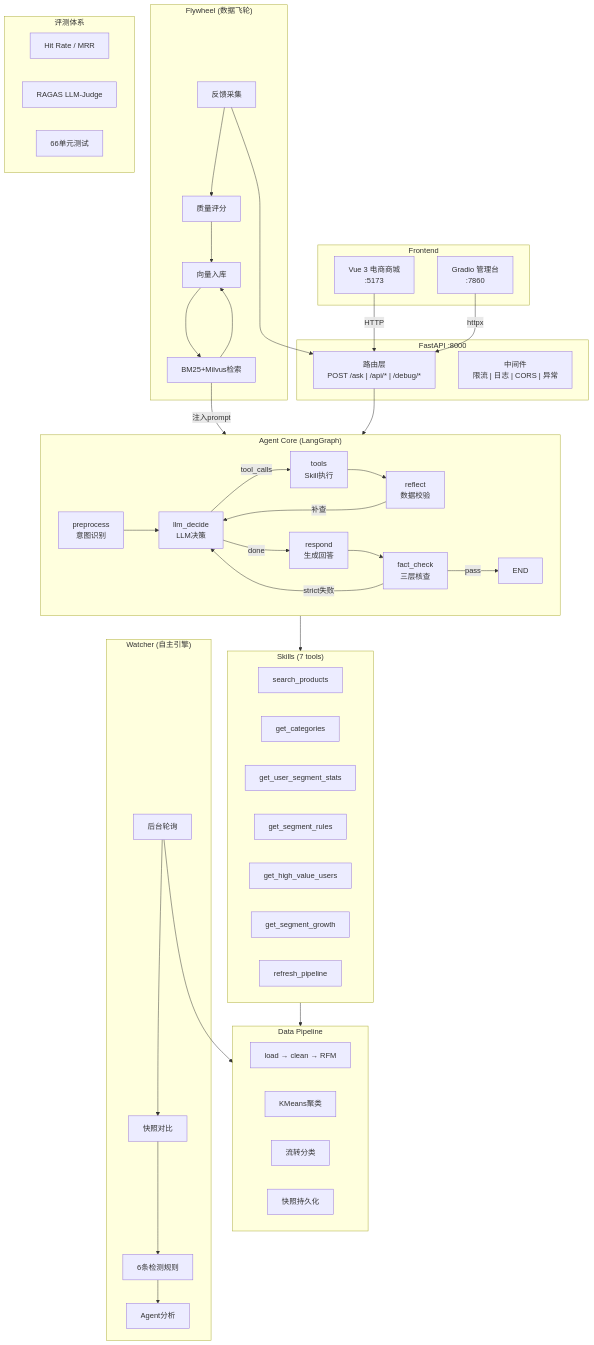
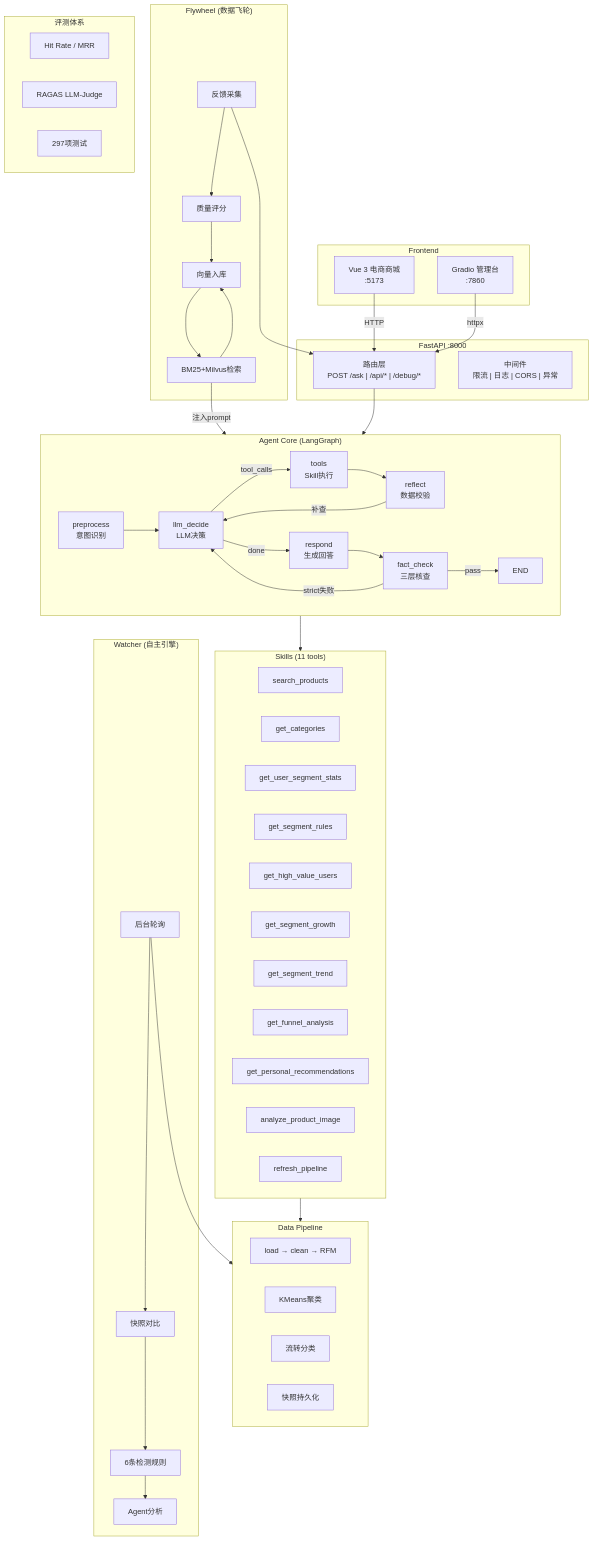
The diagram in README.md (SSNN666/user-insight-bot), drawn with Mermaid before and after one commit. The commit also changed other lines of this file and 1 other file, not shown here.

````diff
--- a/README.md
+++ b/README.md
@@ -7,69 +7,73 @@
 ```mermaid
 flowchart TB
     subgraph Frontend["Frontend"]
         Vue["Vue 3 电商商城<br/>:5173"]
         Gradio["Gradio 管理台<br/>:7860"]
     end
 
     subgraph API["FastAPI :8000"]
         Router["路由层<br/>POST /ask | /api/* | /debug/*"]
         Middleware["中间件<br/>限流 | 日志 | CORS | 异常"]
     end
 
     subgraph Agent["Agent Core (LangGraph)"]
         direction LR
         Pre["preprocess<br/>意图识别"] --> LLM["llm_decide<br/>LLM决策"]
         LLM -->|tool_calls| Tools["tools<br/>Skill执行"]
         Tools --> Reflect["reflect<br/>数据校验"]
         Reflect -->|补查| LLM
         LLM -->|done| Respond["respond<br/>生成回答"]
         Respond --> FC["fact_check<br/>三层核查"]
         FC -->|strict失败| LLM
         FC -->|pass| Done["END"]
     end
 
-    subgraph Skills["Skills (7 tools)"]
+    subgraph Skills["Skills (11 tools)"]
         Search["search_products"]
         Cats["get_categories"]
         Stats["get_user_segment_stats"]
         Rules["get_segment_rules"]
         HighVal["get_high_value_users"]
         Growth["get_segment_growth"]
+        Trend["get_segment_trend"]
+        Funnel["get_funnel_analysis"]
+        Recommend["get_personal_recommendations"]
+        Image["analyze_product_image"]
         Refresh["refresh_pipeline"]
     end
 
     subgraph Pipeline["Data Pipeline"]
         Load["load → clean → RFM"]
         Cluster["KMeans聚类"]
         Flow["流转分类"]
         Snapshot["快照持久化"]
     end
 
     subgraph Watcher["Watcher (自主引擎)"]
         Poll["后台轮询"] --> Diff["快照对比"]
         Diff --> Detect["6条检测规则"]
         Detect --> Dispatch["Agent分析"]
     end
 
     subgraph Flywheel["Flywheel (数据飞轮)"]
         Collect["反馈采集"] --> Score["质量评分"]
         Score --> Vector["向量入库"]
         Vector --> Retrieve["BM25+Milvus检索"]
         Retrieve -->|注入prompt| LLM
     end
 
     subgraph Eval["评测体系"]
         HR["Hit Rate / MRR"]
         Ragas["RAGAS LLM-Judge"]
-        Unit["66单元测试"]
+        Unit["297项测试"]
     end
 
     Vue -->|"HTTP"| Router
     Gradio -->|"httpx"| Router
     Router --> Agent
     Agent --> Skills
     Skills --> Pipeline
     Poll --> Pipeline
     Collect --> Router
     Retrieve --> Vector
 ```
````
